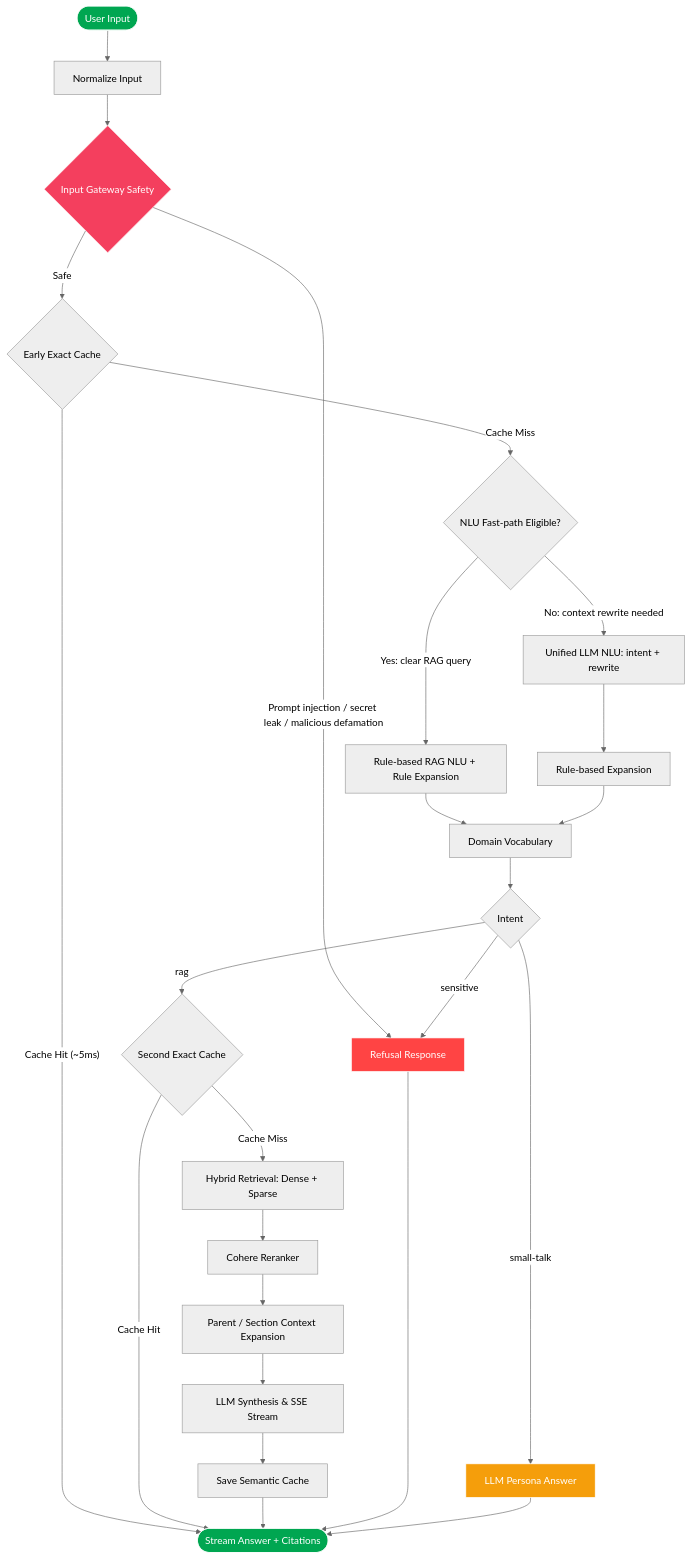
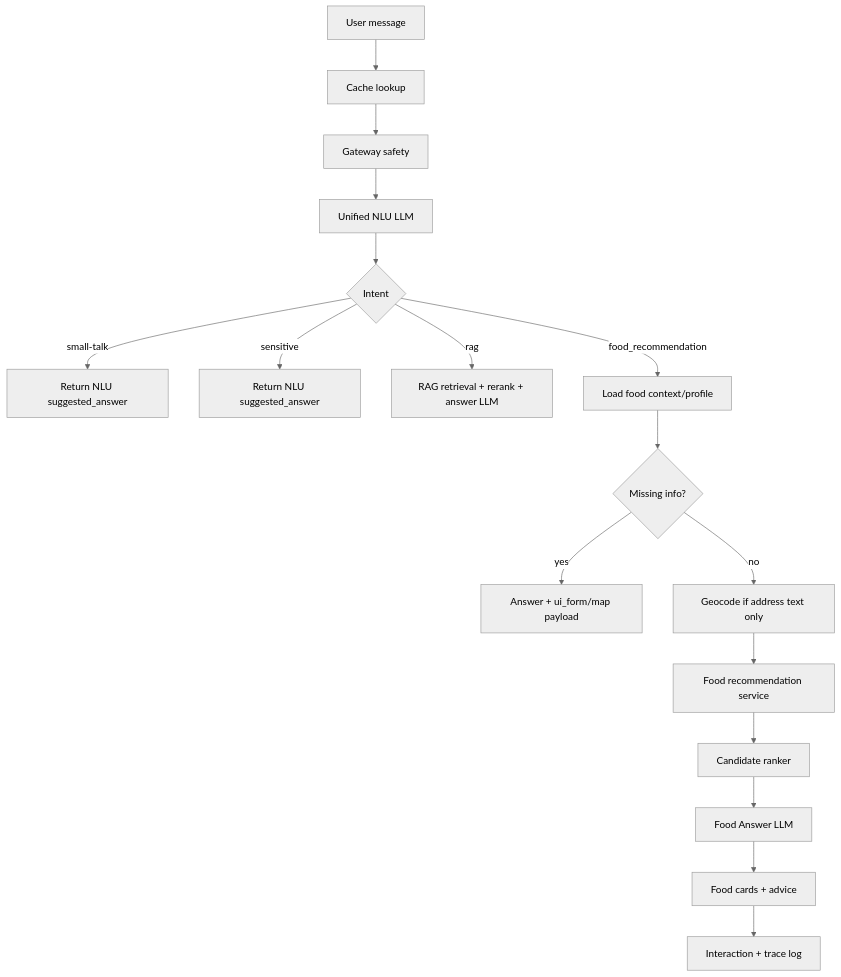
Before and after one commit to dungltcn272/XANH_SM_AI_ASSISTANT_V1: the diagram in README.md, drawn with Mermaid (neutral theme). The commit also changed other lines of this file and 16 other files, not shown here.

````diff
--- a/README.md
+++ b/README.md
@@ -102,37 +118,19 @@
 ```mermaid
-graph TD
-    A([User Input]) --> N[Normalize Input]
-    N --> B{Input Gateway Safety}
-    B -- "Prompt injection / secret leak / malicious defamation" --> Block[Refusal Response]
-    B -- "Safe" --> C{Early Exact Cache}
-
-    C -- "Cache Hit (~5ms)" --> Out([Stream Answer + Citations])
-    C -- "Cache Miss" --> D{NLU Fast-path Eligible?}
-
-    D -- "Yes: clear RAG query" --> D1[Rule-based RAG NLU + Rule Expansion]
-    D -- "No: context rewrite needed" --> D2[Unified LLM NLU: intent + rewrite]
-    D1 --> DV[Domain Vocabulary]
-    D2 --> RuleExp[Rule-based Expansion]
-    RuleExp --> DV
-    DV --> E{Intent}
-    E -- "small-talk" --> Stalk[LLM Persona Answer]
-    E -- "sensitive" --> Block
-    E -- "rag" --> F{Second Exact Cache}
-
-    F -- "Cache Hit" --> Out
-    F -- "Cache Miss" --> G[Hybrid Retrieval: Dense + Sparse]
-
-    G --> H[Cohere Reranker]
-    H --> I[Parent / Section Context Expansion]
-    I --> K[LLM Synthesis & SSE Stream]
-    K --> CacheSave[Save Semantic Cache]
-    CacheSave --> Out
-    Block --> Out
-    Stalk --> Out
-
-    style A fill:#00A651,stroke:#fff,color:#fff
-    style Out fill:#00A651,stroke:#fff,color:#fff
-    style Block fill:#ff4444,stroke:#fff,color:#fff
-    style Stalk fill:#f59e0b,stroke:#fff,color:#fff
-    style B fill:#f43f5e,stroke:#fff,color:#fff
+flowchart TD
+    U[User message] --> C[Cache lookup]
+    C --> G[Gateway safety]
+    G --> N[Unified NLU LLM]
+    N --> I{Intent}
+    I -- small-talk --> ST[Return NLU suggested_answer]
+    I -- sensitive --> SE[Return NLU suggested_answer]
+    I -- rag --> RAG[RAG retrieval + rerank + answer LLM]
+    I -- food_recommendation --> FC[Load food context/profile]
+    FC --> M{Missing info?}
+    M -- yes --> FORM[Answer + ui_form/map payload]
+    M -- no --> GEO[Geocode if address text only]
+    GEO --> REC[Food recommendation service]
+    REC --> RANK[Candidate ranker]
+    RANK --> FLLM[Food Answer LLM]
+    FLLM --> CARD[Food cards + advice]
+    CARD --> LOG[Interaction + trace log]
 ```
````
